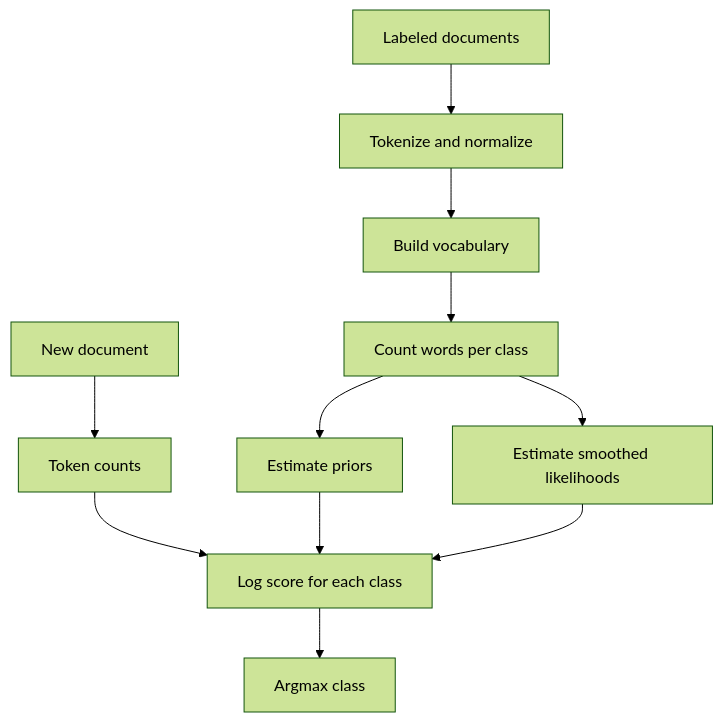
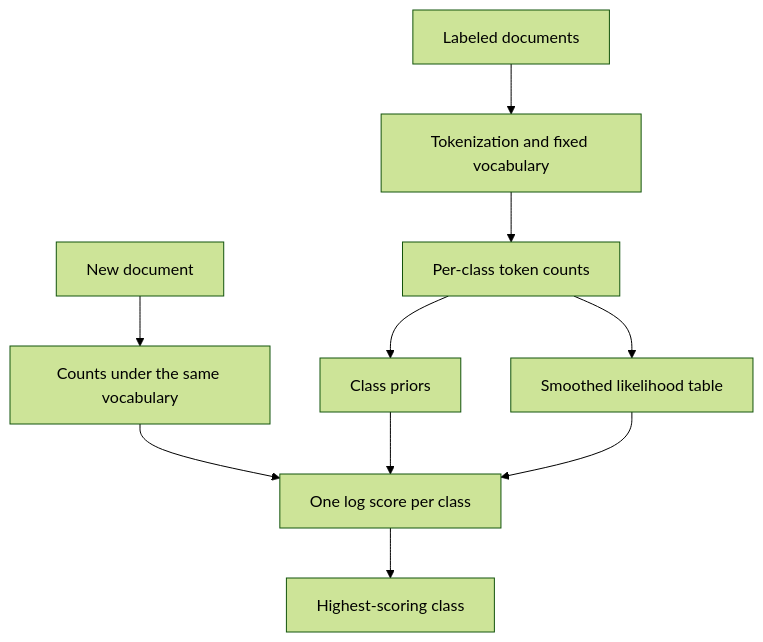
Before and after one commit to justinbrianhwang/SJ-wiki: the diagram in docs/cs/nlp/naive-bayes-sentiment-classification.md, drawn with Mermaid (forest theme). The commit also changed other lines of this file and 166 other files, not shown here.

````diff
--- a/docs/cs/nlp/naive-bayes-sentiment-classification.md
+++ b/docs/cs/nlp/naive-bayes-sentiment-classification.md
@@ -82,13 +105,12 @@
 ```mermaid
 flowchart TD
-  A[Labeled documents] --> B[Tokenize and normalize]
-  B --> C[Build vocabulary]
-  C --> D[Count words per class]
-  D --> E[Estimate priors]
-  D --> F[Estimate smoothed likelihoods]
-  G[New document] --> H[Token counts]
-  H --> I[Log score for each class]
-  E --> I
-  F --> I
-  I --> J[Argmax class]
+  A[Labeled documents] --> B[Tokenization and fixed vocabulary]
+  B --> C[Per-class token counts]
+  C --> D[Class priors]
+  C --> E[Smoothed likelihood table]
+  F[New document] --> G[Counts under the same vocabulary]
+  G --> H[One log score per class]
+  D --> H
+  E --> H
+  H --> I[Highest-scoring class]
 ```
````
